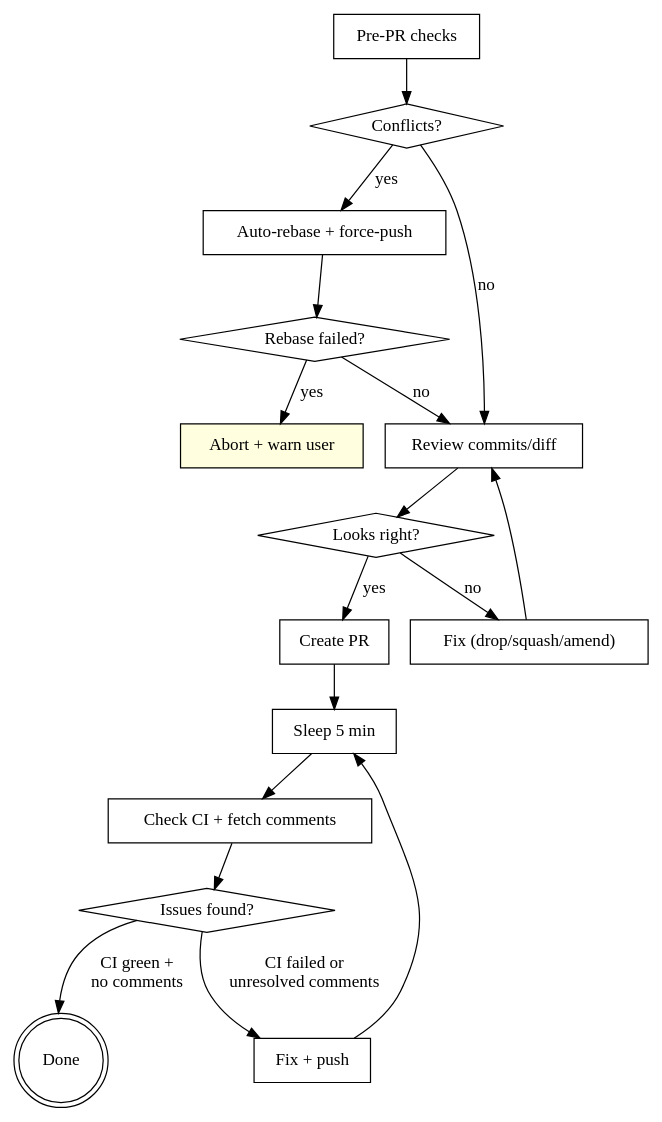
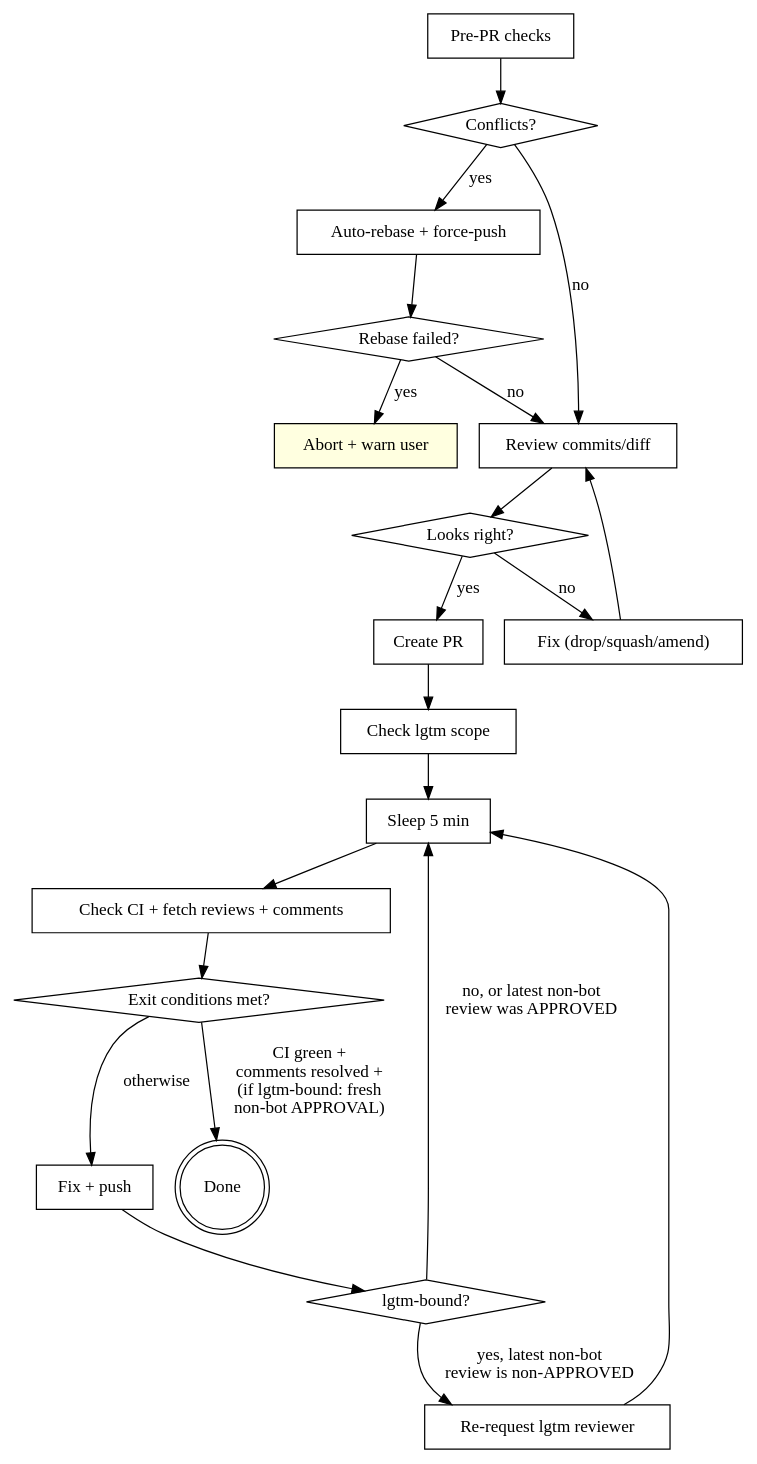
Before and after one commit to johnnymo87/workstation: the diagram in assets/opencode/skills/creating-pull-requests/SKILL.md, drawn with Graphviz. The commit also changed other lines of this file, not shown here.

First line of the commit message:
docs(creating-prs): wait for non-bot review on lgtm-scoped repos, re-request on non-APPROVED

````diff
--- a/assets/opencode/skills/creating-pull-requests/SKILL.md
+++ b/assets/opencode/skills/creating-pull-requests/SKILL.md
@@ -10,36 +10,43 @@
 ```dot
 digraph pr_lifecycle {
     rankdir=TB;
     "Pre-PR checks" [shape=box];
     "Conflicts?" [shape=diamond];
     "Auto-rebase + force-push" [shape=box];
     "Rebase failed?" [shape=diamond];
     "Abort + warn user" [shape=box, style=filled, fillcolor=lightyellow];
     "Review commits/diff" [shape=box];
     "Looks right?" [shape=diamond];
     "Fix (drop/squash/amend)" [shape=box];
     "Create PR" [shape=box];
+    "Check lgtm scope" [shape=box];
     "Sleep 5 min" [shape=box];
-    "Check CI + fetch comments" [shape=box];
-    "Issues found?" [shape=diamond];
+    "Check CI + fetch reviews + comments" [shape=box];
+    "Exit conditions met?" [shape=diamond];
     "Fix + push" [shape=box];
+    "lgtm-bound?" [shape=diamond];
+    "Re-request lgtm reviewer" [shape=box];
     "Done" [shape=doublecircle];
 
     "Pre-PR checks" -> "Conflicts?";
     "Conflicts?" -> "Review commits/diff" [label="no"];
     "Conflicts?" -> "Auto-rebase + force-push" [label="yes"];
     "Auto-rebase + force-push" -> "Rebase failed?";
     "Rebase failed?" -> "Review commits/diff" [label="no"];
     "Rebase failed?" -> "Abort + warn user" [label="yes"];
     "Review commits/diff" -> "Looks right?";
     "Looks right?" -> "Create PR" [label="yes"];
     "Looks right?" -> "Fix (drop/squash/amend)" [label="no"];
     "Fix (drop/squash/amend)" -> "Review commits/diff";
-    "Create PR" -> "Sleep 5 min";
-    "Sleep 5 min" -> "Check CI + fetch comments";
-    "Check CI + fetch comments" -> "Issues found?";
-    "Issues found?" -> "Done" [label="CI green +\nno comments"];
-    "Issues found?" -> "Fix + push" [label="CI failed or\nunresolved comments"];
-    "Fix + push" -> "Sleep 5 min";
+    "Create PR" -> "Check lgtm scope";
+    "Check lgtm scope" -> "Sleep 5 min";
+    "Sleep 5 min" -> "Check CI + fetch reviews + comments";
+    "Check CI + fetch reviews + comments" -> "Exit conditions met?";
+    "Exit conditions met?" -> "Done" [label="CI green +\ncomments resolved +\n(if lgtm-bound: fresh\nnon-bot APPROVAL)"];
+    "Exit conditions met?" -> "Fix + push" [label="otherwise"];
+    "Fix + push" -> "lgtm-bound?";
+    "lgtm-bound?" -> "Re-request lgtm reviewer" [label="yes, latest non-bot\nreview is non-APPROVED"];
+    "lgtm-bound?" -> "Sleep 5 min" [label="no, or latest non-bot\nreview was APPROVED"];
+    "Re-request lgtm reviewer" -> "Sleep 5 min";
 }
 ```
````
